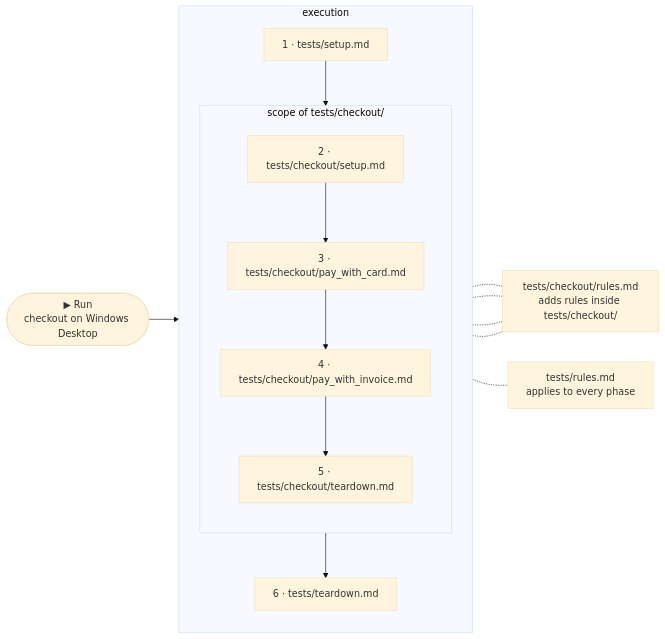
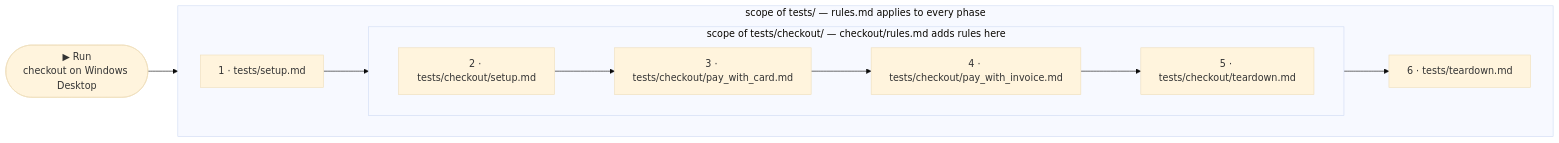
The diagram in content/docs/writing-tests/organisation.mdx (askui/docs-rewrite), drawn with Mermaid (base theme) before and after one commit.

Commit message:
docs(organisation): scope by containment, chain on one horizontal line
Rules live as subgraph titles — tests/ box wraps everything, checkout box
wraps steps 2-5; no dotted edges to misroute.

````diff
--- a/content/docs/writing-tests/organisation.mdx
+++ b/content/docs/writing-tests/organisation.mdx
@@ -49,22 +49,15 @@
 ```mermaid
 flowchart LR
   RUN(["▶ Run
-checkout on Windows Desktop"]) --> CHAIN
-  subgraph CHAIN["execution"]
-    direction TB
+checkout on Windows Desktop"]) --> A
+  subgraph CHAIN["scope of tests/ — rules.md applies to every phase"]
+    direction LR
     A["1 · tests/setup.md"]
-    subgraph CO["scope of tests/checkout/"]
-      direction TB
+    subgraph CO["scope of tests/checkout/ — checkout/rules.md adds rules here"]
+      direction LR
       B["2 · tests/checkout/setup.md"] --> C["3 · tests/checkout/pay_with_card.md"] --> D["4 · tests/checkout/pay_with_invoice.md"] --> E["5 · tests/checkout/teardown.md"]
     end
     A --> B
     E --> F["6 · tests/teardown.md"]
   end
-  CHAIN -.- R1["tests/rules.md
-applies to every phase"]
-  B -.- R2
-  C -.- R2
-  D -.- R2
-  E -.- R2["tests/checkout/rules.md
-adds rules inside tests/checkout/"]
 ```
````
